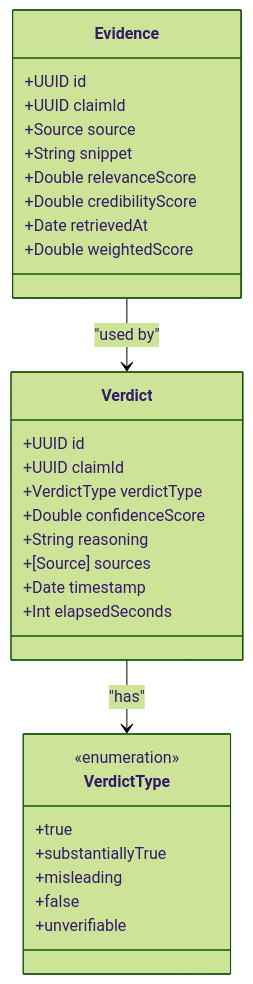
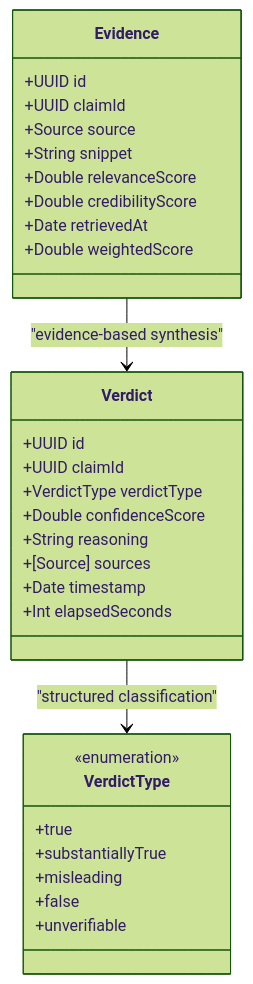
Diagram 11 of 12 in .qoder/repowiki/en/content/Core Services/Claim Extraction.md (alexandreybasta-cyber/factshield-ios), drawn with Mermaid (forest theme) before and after one commit. The commit also changed other lines of this file and 97 other files, not shown here.

````diff
--- a/.qoder/repowiki/en/content/Core Services/Claim Extraction.md
+++ b/.qoder/repowiki/en/content/Core Services/Claim Extraction.md
@@ -303,33 +448,33 @@
 ```mermaid
 classDiagram
 class Evidence {
 +UUID id
 +UUID claimId
 +Source source
 +String snippet
 +Double relevanceScore
 +Double credibilityScore
 +Date retrievedAt
 +Double weightedScore
 }
 class Verdict {
 +UUID id
 +UUID claimId
 +VerdictType verdictType
 +Double confidenceScore
 +String reasoning
 +[Source] sources
 +Date timestamp
 +Int elapsedSeconds
 }
 class VerdictType {
 <<enumeration>>
 +true
 +substantiallyTrue
 +misleading
 +false
 +unverifiable
 }
-Evidence --> Verdict : "used by"
-Verdict --> VerdictType : "has"
+Evidence --> Verdict : "evidence-based synthesis"
+Verdict --> VerdictType : "structured classification"
 ```
````
